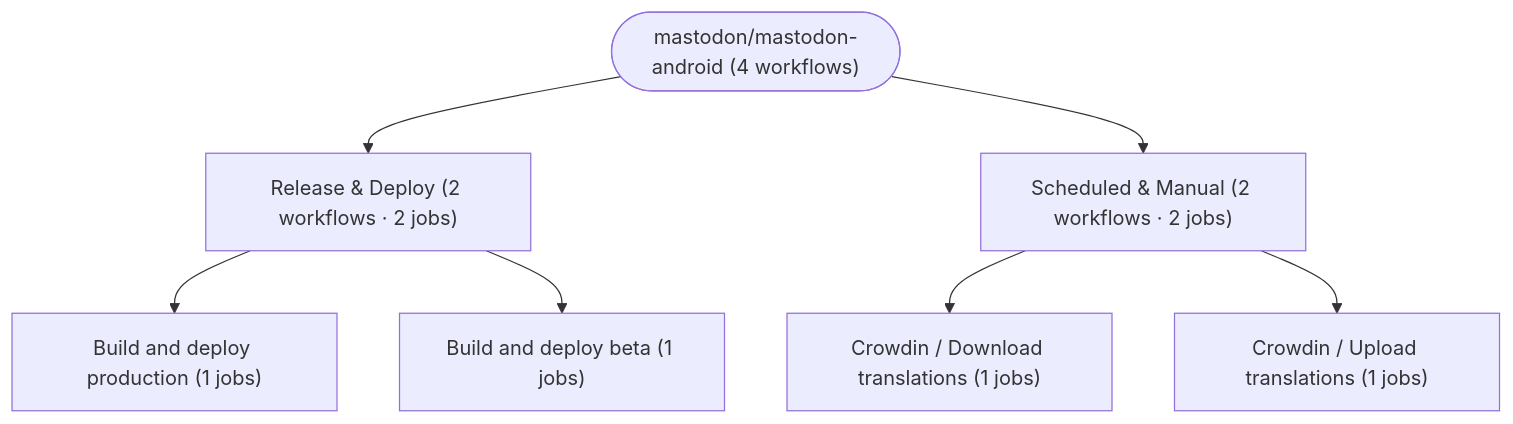
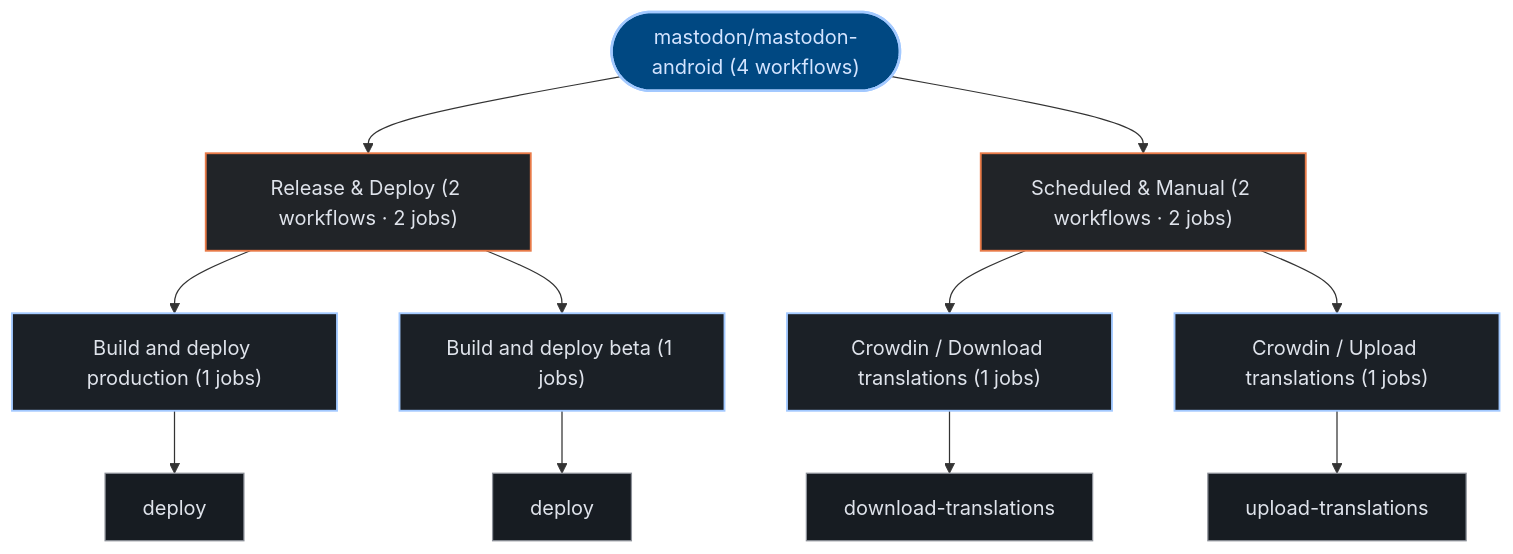
One commit to kumarshaz/atruss-code-atlas changed the second of 2 diagrams in exports/latest/reports/mastodon-mastodon-android-report.md. Above: the diagram before and after it, drawn with Mermaid. The commit also changed other lines of this file and 331 other files, not shown here.

Commit message:
docs,ui,fix: update SDLC docs, reorder CI/CD DAG first, stylize Mermaid, and fix Arc42 pipeline topology

````diff
--- a/exports/latest/reports/mastodon-mastodon-android-report.md
+++ b/exports/latest/reports/mastodon-mastodon-android-report.md
@@ -102,16 +106,31 @@
 ```mermaid
 graph TD;
-  pipeline_root(["mastodon/mastodon-android (4 workflows)"])
-  grp_0_Release___Deploy["Release & Deploy (2 workflows · 2 jobs)"]
+  classDef atlasRoot fill:#004882,stroke:#a3c9ff,stroke-width:2px,color:#d3e4ff
+  classDef atlasCategory fill:#212428,stroke:#E87A48,stroke-width:1.5px,color:#dfe3eb
+  classDef atlasWorkflow fill:#1b2026,stroke:#a3c9ff,stroke-width:1.5px,color:#dfe3eb
+  classDef atlasJob fill:#171c22,stroke:#8d9199,stroke-width:1px,color:#dfe3eb
+  classDef atlasTarget fill:#005227,stroke:#8bd99b,stroke-width:1.5px,color:#a7f6b6
+  classDef atlasAlert fill:#93000a,stroke:#ffb4ab,stroke-width:1.5px,color:#ffdad6
+  classDef atlasMore fill:#252a31,stroke:#8d9199,stroke-dasharray:4 4,color:#c3c6cf
+  pipeline_root(["mastodon/mastodon-android (4 workflows)"]):::atlasRoot
+  grp_0_Release___Deploy["Release & Deploy (2 workflows · 2 jobs)"]:::atlasCategory
   pipeline_root --> grp_0_Release___Deploy
-  wf_0_Build_and_deploy_production["Build and deploy production (1 jobs)"]
+  wf_0_Build_and_deploy_production["Build and deploy production (1 jobs)"]:::atlasWorkflow
   grp_0_Release___Deploy --> wf_0_Build_and_deploy_production
-  wf_1_Build_and_deploy_beta["Build and deploy beta (1 jobs)"]
+  job_0_deploy["deploy"]:::atlasJob
+  wf_0_Build_and_deploy_production --> job_0_deploy
+  wf_1_Build_and_deploy_beta["Build and deploy beta (1 jobs)"]:::atlasWorkflow
   grp_0_Release___Deploy --> wf_1_Build_and_deploy_beta
-  grp_1_Scheduled___Manual["Scheduled & Manual (2 workflows · 2 jobs)"]
+  job_1_deploy["deploy"]:::atlasJob
+  wf_1_Build_and_deploy_beta --> job_1_deploy
+  grp_1_Scheduled___Manual["Scheduled & Manual (2 workflows · 2 jobs)"]:::atlasCategory
   pipeline_root --> grp_1_Scheduled___Manual
-  wf_2_Crowdin___Download_translations["Crowdin / Download translations (1 jobs)"]
+  wf_2_Crowdin___Download_translations["Crowdin / Download translations (1 jobs)"]:::atlasWorkflow
   grp_1_Scheduled___Manual --> wf_2_Crowdin___Download_translations
-  wf_3_Crowdin___Upload_translations["Crowdin / Upload translations (1 jobs)"]
+  job_2_download_translations["download-translations"]:::atlasJob
+  wf_2_Crowdin___Download_translations --> job_2_download_translations
+  wf_3_Crowdin___Upload_translations["Crowdin / Upload translations (1 jobs)"]:::atlasWorkflow
   grp_1_Scheduled___Manual --> wf_3_Crowdin___Upload_translations
+  job_3_upload_translations["upload-translations"]:::atlasJob
+  wf_3_Crowdin___Upload_translations --> job_3_upload_translations
 ```
````
